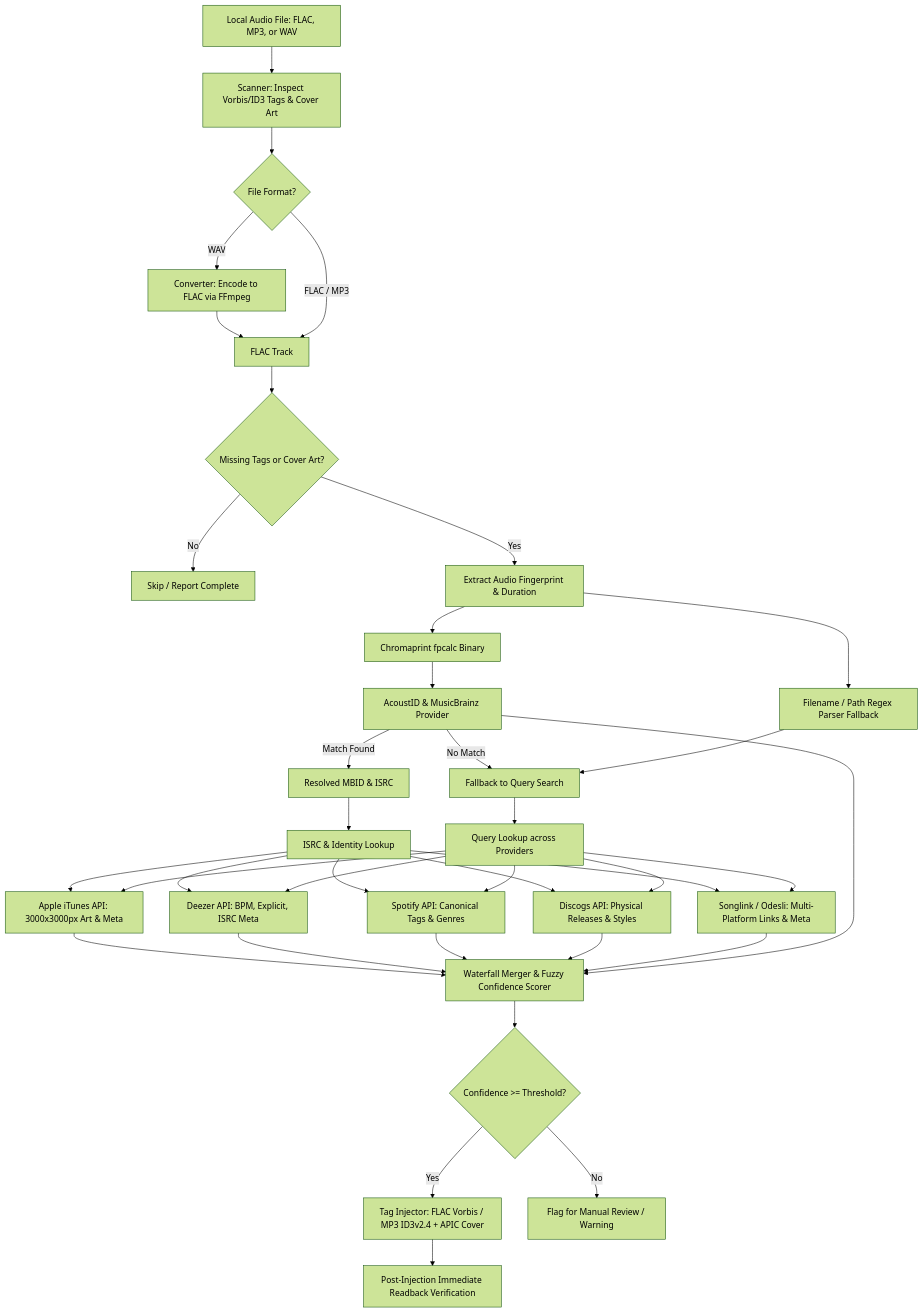
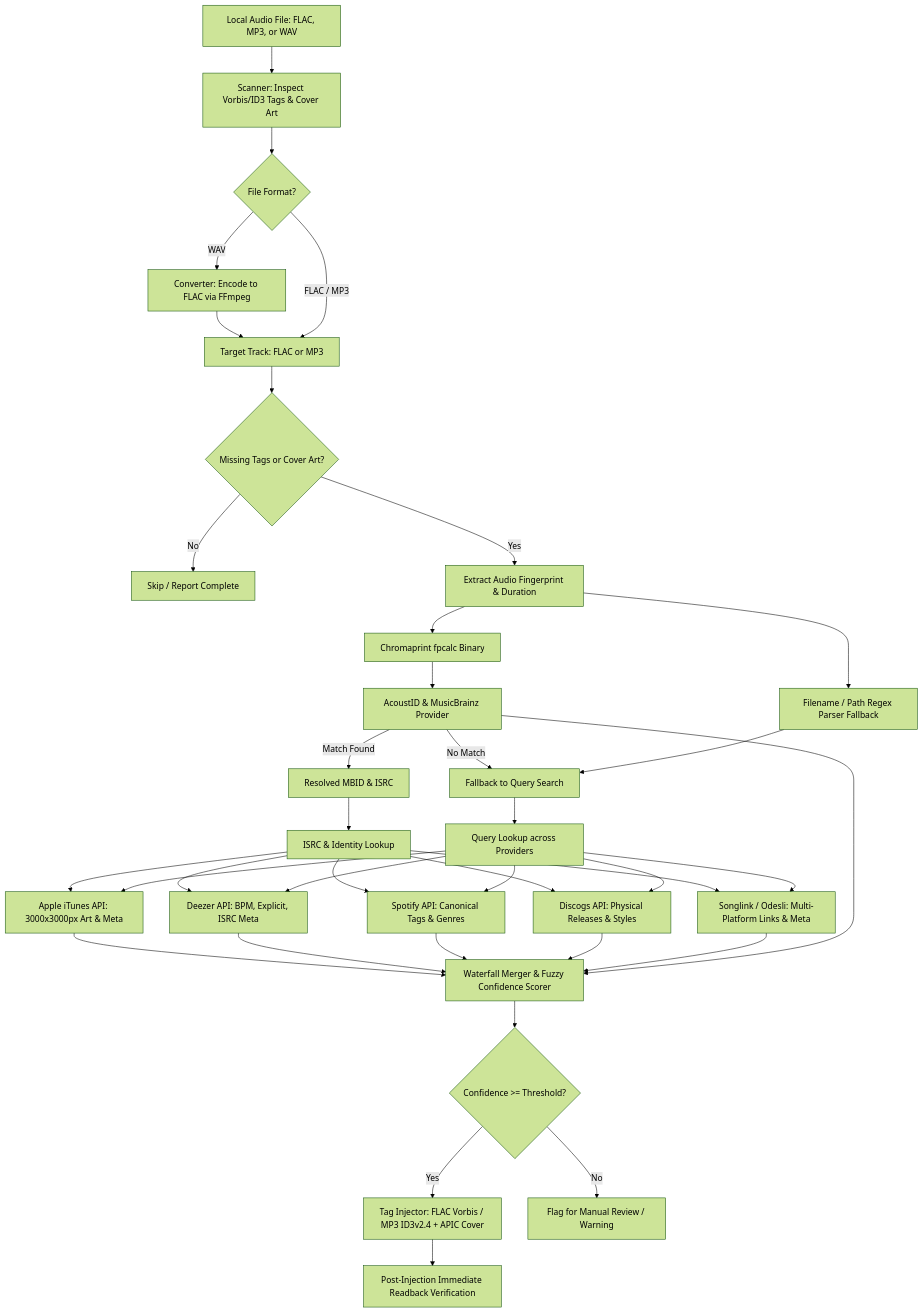
The first of 2 diagrams in README.md (PeterMaks/Audio-inject), drawn with Mermaid (forest theme) before and after one commit. The commit also changed other lines of this file and 1 other file, not shown here.

````diff
--- a/README.md
+++ b/README.md
@@ -31,45 +41,45 @@
 ```mermaid
 graph TD
-    A[Local Audio File: FLAC, MP3, or WAV] --> B[Scanner: Inspect Vorbis/ID3 Tags & Cover Art]
-    B --> C{File Format?}
-    C -- WAV --> D[Converter: Encode to FLAC via FFmpeg]
-    D --> E[FLAC Track]
+    A["Local Audio File: FLAC, MP3, or WAV"] --> B["Scanner: Inspect Vorbis/ID3 Tags & Cover Art"]
+    B --> C{"File Format?"}
+    C -- WAV --> D["Converter: Encode to FLAC via FFmpeg"]
+    D --> E["Target Track: FLAC or MP3"]
     C -- FLAC / MP3 --> E
-    E --> F{Missing Tags or Cover Art?}
-    F -- No --> G[Skip / Report Complete]
-    F -- Yes --> H[Extract Audio Fingerprint & Duration]
-    H --> I[Chromaprint fpcalc Binary]
-    H --> J[Filename / Path Regex Parser Fallback]
+    E --> F{"Missing Tags or Cover Art?"}
+    F -- No --> G["Skip / Report Complete"]
+    F -- Yes --> H["Extract Audio Fingerprint & Duration"]
+    H --> I["Chromaprint fpcalc Binary"]
+    H --> J["Filename / Path Regex Parser Fallback"]
     
-    I --> K[AcoustID & MusicBrainz Provider]
-    K -->|Match Found| L[Resolved MBID & ISRC]
-    K -->|No Match| M[Fallback to Query Search]
+    I --> K["AcoustID & MusicBrainz Provider"]
+    K -->|Match Found| L["Resolved MBID & ISRC"]
+    K -->|No Match| M["Fallback to Query Search"]
     
     J --> M
-    L --> N[ISRC & Identity Lookup]
-    M --> O[Query Lookup across Providers]
+    L --> N["ISRC & Identity Lookup"]
+    M --> O["Query Lookup across Providers"]
     
-    N --> P[Apple iTunes API: 3000x3000px Art & Meta]
-    N --> Q[Deezer API: BPM, Explicit, ISRC Meta]
-    N --> R[Spotify API: Canonical Tags & Genres]
-    N --> D2[Discogs API: Physical Releases & Styles]
-    N --> SL[Songlink / Odesli: Multi-Platform Links & Meta]
+    N --> P["Apple iTunes API: 3000x3000px Art & Meta"]
+    N --> Q["Deezer API: BPM, Explicit, ISRC Meta"]
+    N --> R["Spotify API: Canonical Tags & Genres"]
+    N --> D2["Discogs API: Physical Releases & Styles"]
+    N --> SL["Songlink / Odesli: Multi-Platform Links & Meta"]
     
     O --> P
     O --> Q
     O --> R
     O --> D2
     O --> SL
     
-    P --> S[Waterfall Merger & Fuzzy Confidence Scorer]
+    P --> S["Waterfall Merger & Fuzzy Confidence Scorer"]
     Q --> S
     R --> S
     D2 --> S
     SL --> S
     K --> S
     
-    S --> T{Confidence >= Threshold?}
-    T -- Yes --> U[Tag Injector: FLAC Vorbis / MP3 ID3v2.4 + APIC Cover]
-    T -- No --> V[Flag for Manual Review / Warning]
-    U --> W[Post-Injection Immediate Readback Verification]
+    S --> T{"Confidence >= Threshold?"}
+    T -- Yes --> U["Tag Injector: FLAC Vorbis / MP3 ID3v2.4 + APIC Cover"]
+    T -- No --> V["Flag for Manual Review / Warning"]
+    U --> W["Post-Injection Immediate Readback Verification"]
 ```
````
